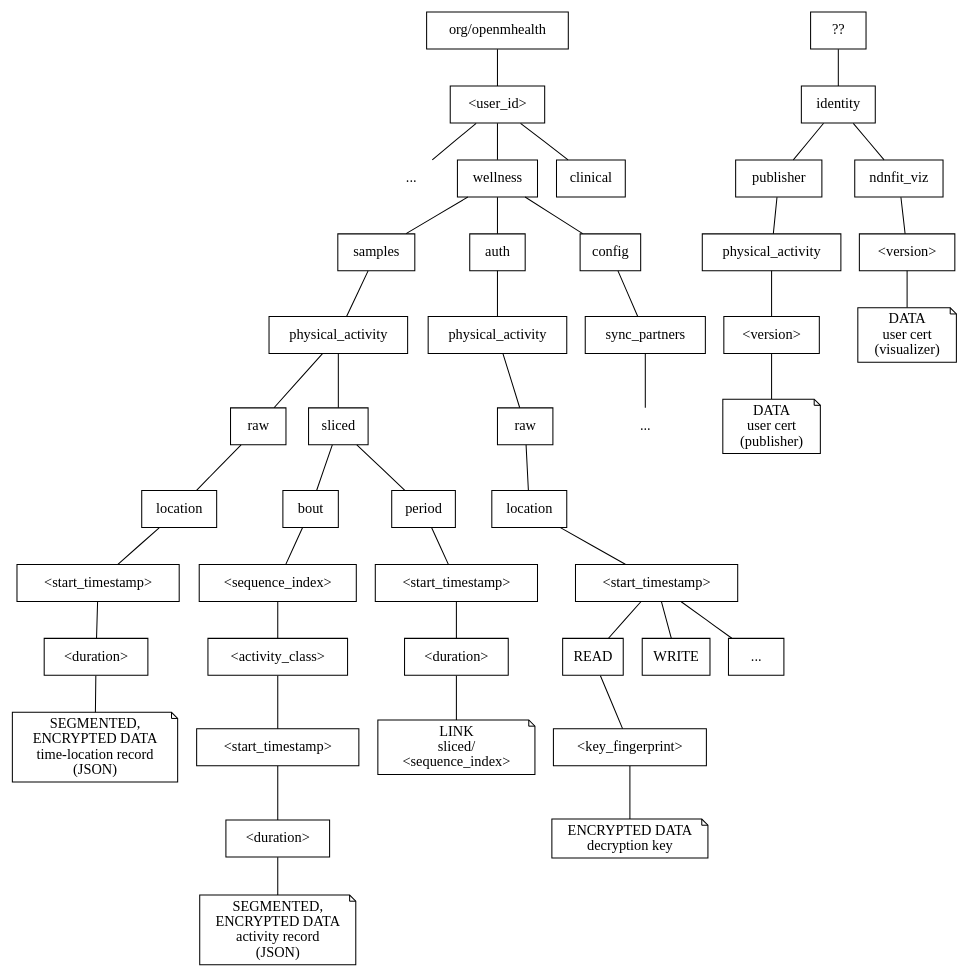
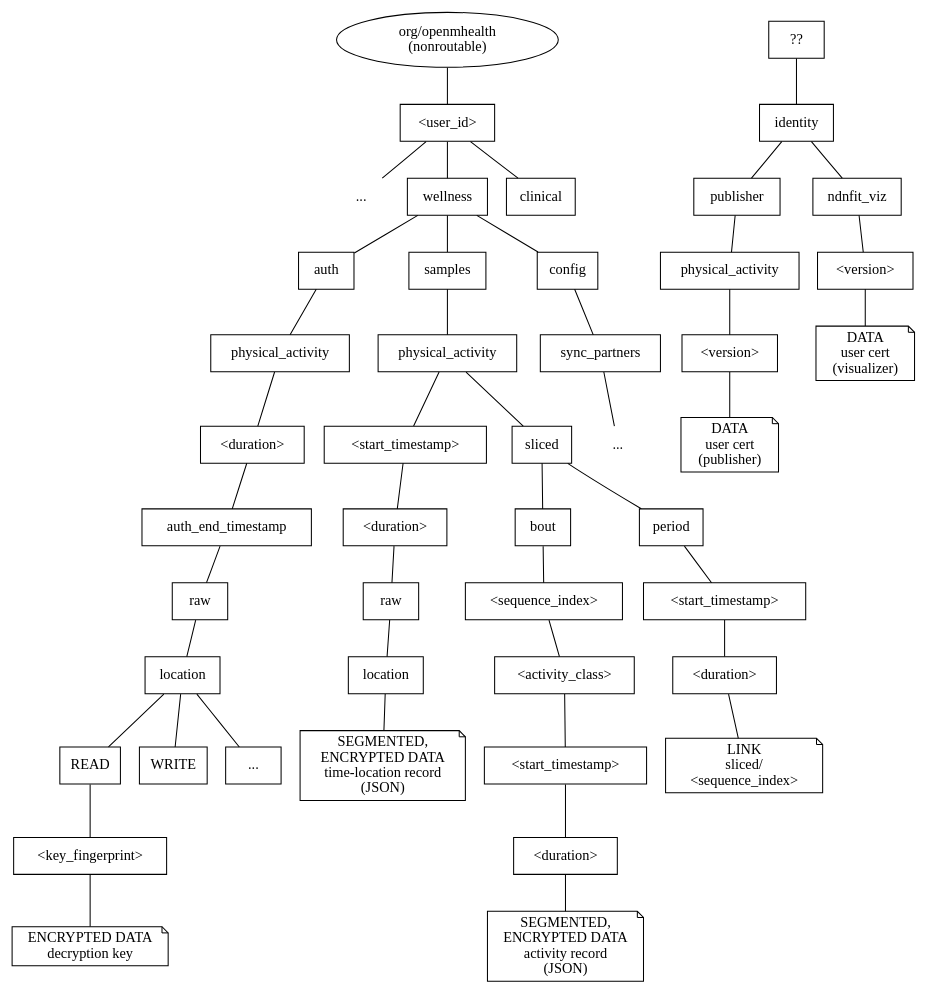
One commit to remap/ndn-netenv-techreports changed the diagram in Open_mHealth/figures/NDNFit-name-top-01.dot. Above: the diagram before and after it, drawn with Graphviz. The commit also changed 1 other file, not shown here.

```diff
--- a/Open_mHealth/figures/NDNFit-name-top-01.dot
+++ b/Open_mHealth/figures/NDNFit-name-top-01.dot
@@ -1,63 +1,66 @@
 graph top {
 
 node [shape=box]; 
 
 
-"org/openmhealth" -- <<user_id>>; 
+root -- <<user_id>>; 
 <<user_id>> -- category_ellipses;
 <<user_id>> -- wellness;
 <<user_id>> -- clinical;
 
+root [shape=oval, label="org/openmhealth\n(nonroutable)", width=3];
 
 category_ellipses [shape=plaintext,label="..."];
 
+wellness -- auth;
 wellness -- samples;
-wellness -- auth;
 "??" -- identity;
 
 wellness -- config;
 config -- sync_partners -- sync_partners_ellipses; 
 sync_partners_ellipses [shape=plaintext,label="..."];
 
 
 identity -- publisher -- physical_activity_cert -- physical_activity_cert_version-- user_cert;
 identity -- ndnfit_viz -- ndnfit_viz_cert_version -- user_cert_2;
 physical_activity_cert [label="physical_activity"];
 physical_activity_cert_version [label="<version>"];
 ndnfit_viz_cert_version [label="<version>"];
 user_cert [shape=note, label="DATA\nuser cert\n(publisher)"];
 user_cert_2 [shape=note, label="DATA\nuser cert\n(visualizer)"];
 
 
 physical_activity_auth [label="physical_activity"];
 
-auth -- physical_activity_auth -- auth_raw -- auth_location -- auth_start_timestamp  -- READ --  <<key_fingerprint>> -- auth_data_reader; 
+auth -- physical_activity_auth -- auth_start_timestamp -- auth_end_timestamp -- auth_raw -- auth_location -- READ --  <<key_fingerprint>> -- auth_data_reader; 
 
-auth_start_timestamp -- WRITE;
-auth_start_timestamp -- "...";
+auth_location -- WRITE;
+auth_location -- "...";
 
 auth_raw [label="raw"];
 auth_location [label="location"]; 
 auth_start_timestamp [label="<start_timestamp>"];
 
+auth_start_timestamp [label="<duration>"];
+
 
 auth_data_reader [shape=note, label="ENCRYPTED DATA\n decryption key"]; 
 
-samples -- physical_activity -- raw -- location -- raw_start_timestamp -- raw_end_timestamp -- raw_data; 
+samples -- physical_activity -- raw_start_timestamp -- raw_end_timestamp -- raw -- location -- raw_data; 
 raw_start_timestamp [label="<start_timestamp>"]; 
 raw_end_timestamp [label="<duration>"]; 
 raw_data [shape="note", label="SEGMENTED,\nENCRYPTED DATA\ntime-location record\n(JSON)"];
 
 physical_activity -- sliced;
 sliced -- bout -- <<sequence_index>> -- <<activity_class>>; 
 <<activity_class>> -- activity_start_timestamp -- activity_end_timestamp -- sliced_data;
 activity_start_timestamp [label="<start_timestamp>"];
 activity_end_timestamp [label="<duration>"];
 sliced_data [shape="note", label="SEGMENTED,\nENCRYPTED DATA\nactivity record\n(JSON)"];
 
 sliced -- period -- sliced_start_timestamp -- sliced__end_timestamp -- sliced_time_lookup; 
 sliced_start_timestamp [label="<start_timestamp>"];
 sliced__end_timestamp [label="<duration>"];
 sliced_time_lookup [shape=note, label="LINK\nsliced/\n<sequence_index>"]
 
 }
```
